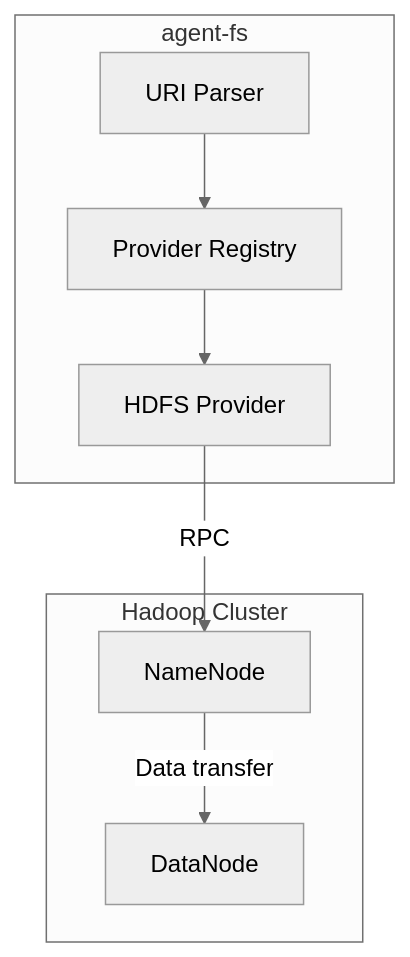
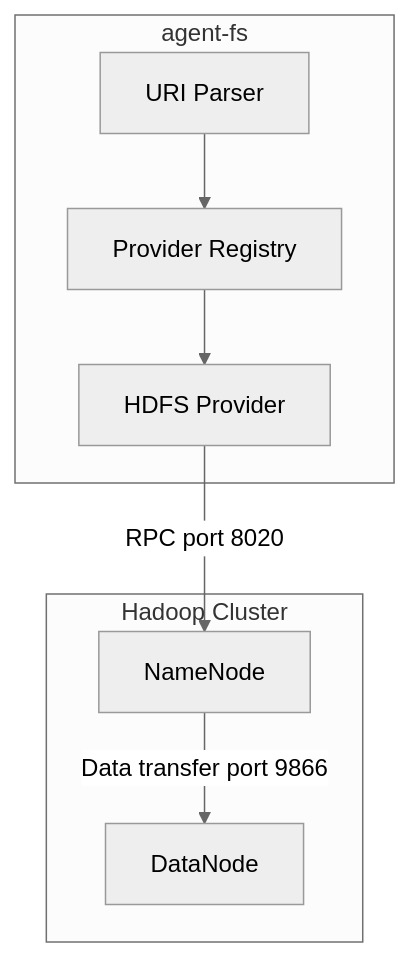
The diagram in plans/hdfs_provider_plan.md (jhonxue/agent-fs), drawn with Mermaid (neutral theme) before and after one commit. The commit also changed other lines of this file and 5 other files, not shown here.

````diff
--- a/plans/hdfs_provider_plan.md
+++ b/plans/hdfs_provider_plan.md
@@ -16,12 +16,12 @@
 ```mermaid
 graph TB
     subgraph "agent-fs"
         URI[URI Parser] --> Registry[Provider Registry]
         Registry --> HDFSProvider[HDFS Provider]
     end
     
     subgraph "Hadoop Cluster"
-        HDFSProvider -- RPC --> NN[NameNode]
-        NN -- Data transfer --> DN[DataNode]
+        HDFSProvider -- RPC port 8020 --> NN[NameNode]
+        NN -- Data transfer port 9866 --> DN[DataNode]
     end
 ```
````
